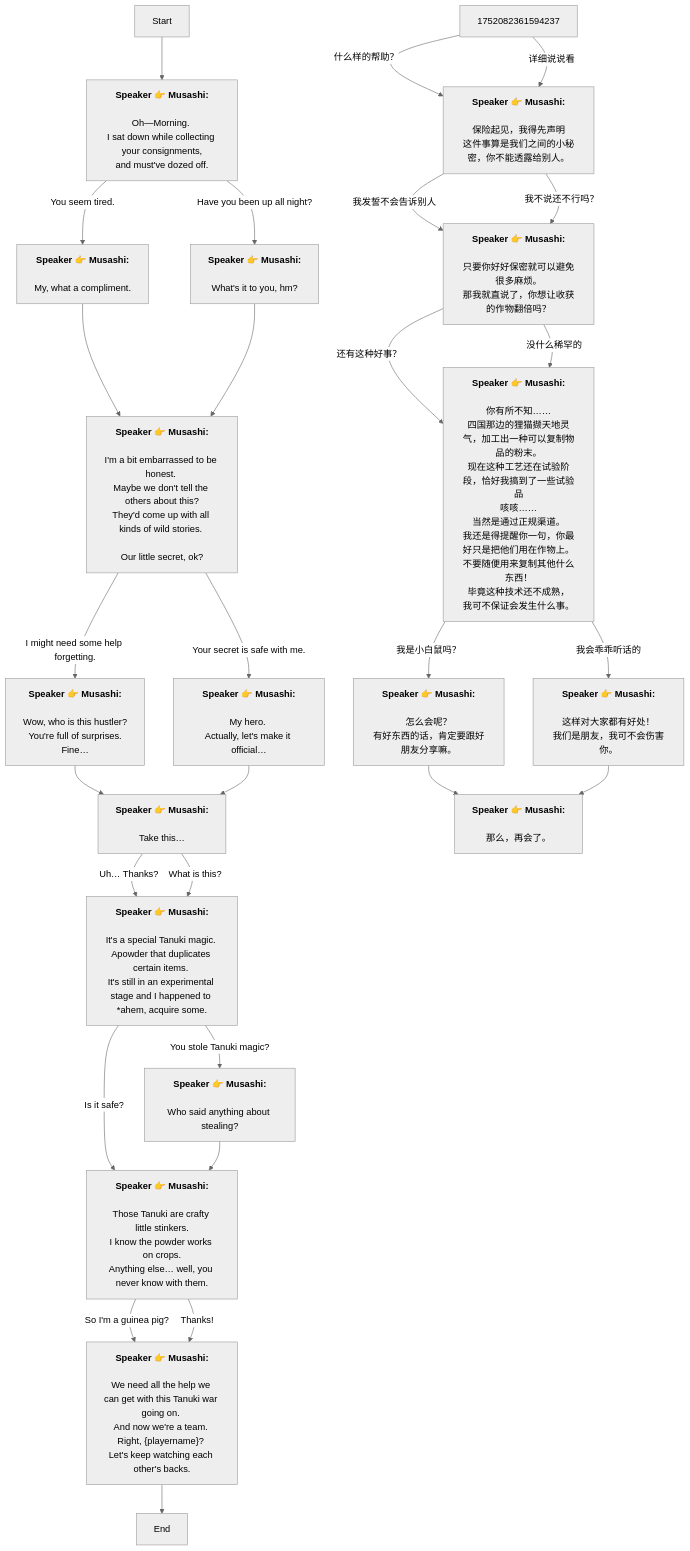
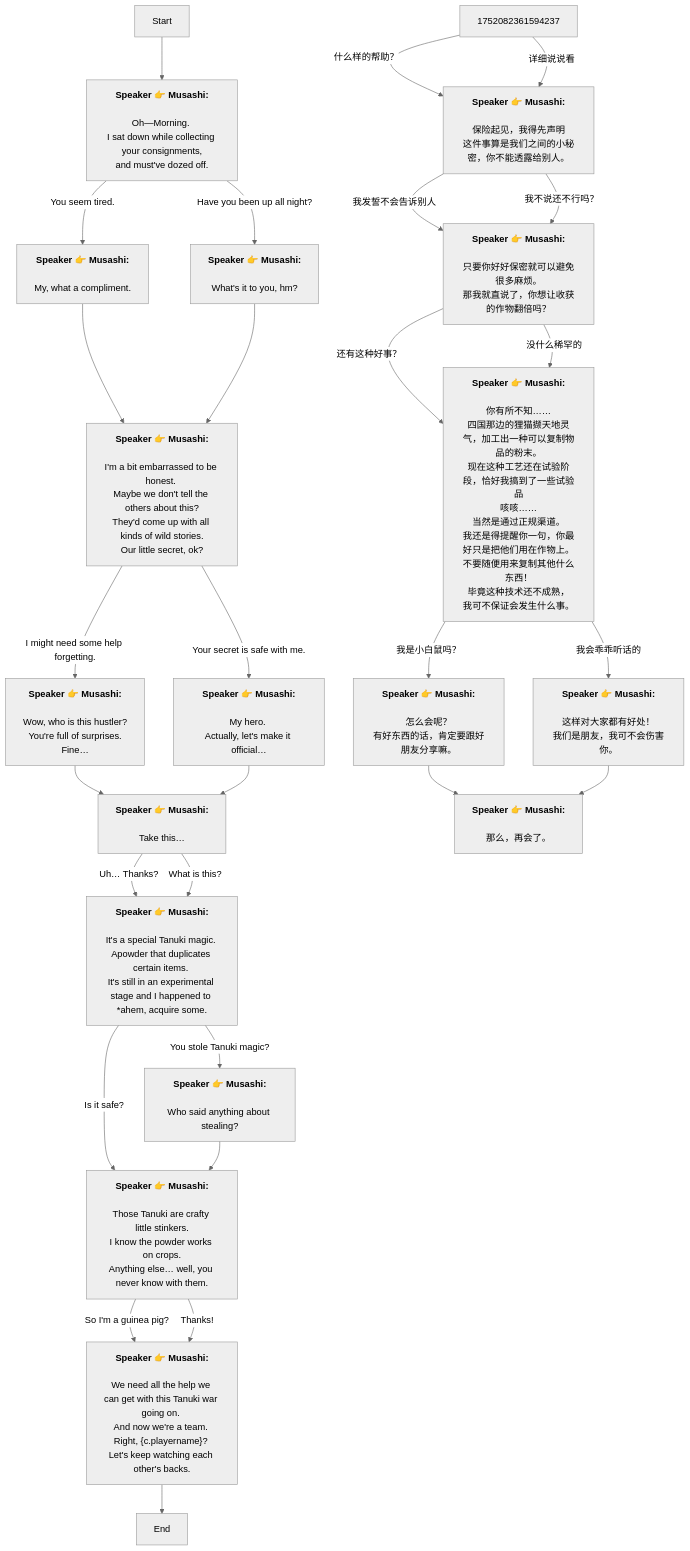
The diagram in Zh/QuestStartTalkENode_1752082129625466.md (SoftHu/tos_avg), drawn with Mermaid (neutral theme) before and after one commit. The commit also changed 410 other files, not shown here.

```diff
--- a/Zh/QuestStartTalkENode_1752082129625466.md
+++ b/Zh/QuestStartTalkENode_1752082129625466.md
@@ -3,66 +3,57 @@
 Start -->1772943296666922[<b>Speaker 👉 Musashi:</b>
 \nOh—Morning. 
 I sat down while collecting your consignments,
-and must've dozed off. 
-]
+and must've dozed off.]
 1772943296666922 -->|You seem tired.|1772943350889776[<b>Speaker 👉 Musashi:</b>
-\nMy, what a compliment. ]
-1772943296666922 -->|Have you been up all night? |1772943372591409[<b>Speaker 👉 Musashi:</b>
-\nWhat's it to you, hm? ]
+\nMy, what a compliment.]
+1772943296666922 -->|Have you been up all night?|1772943372591409[<b>Speaker 👉 Musashi:</b>
+\nWhat's it to you, hm?]
 1772943350889776 -->1772943403083058[<b>Speaker 👉 Musashi:</b>
 \nI'm a bit embarrassed to be honest. 
 Maybe we don't tell the others about this?
-They'd come up with all kinds of wild stories. 
-\nOur little secret, ok? ]
+They'd come up with all kinds of wild stories.\nOur little secret, ok?]
 1772943403083058 -->|Your secret is safe with me.|1772943524543802[<b>Speaker 👉 Musashi:</b>
 \nMy hero. 
-Actually, let's make it official…
-]
+Actually, let's make it official…]
 1772943403083058 -->|I might need some help forgetting.|1772943505891641[<b>Speaker 👉 Musashi:</b>
 \nWow, who is this hustler? 
 You're full of surprises. 
-Fine… 
-]
+Fine…]
 1772943505891641 -->1772943552381243[<b>Speaker 👉 Musashi:</b>
 \nTake this…]
 1772943552381243 -->|Uh… Thanks?|1772943781244225[<b>Speaker 👉 Musashi:</b>
 \nIt's a special Tanuki magic. 
 Apowder that duplicates certain items. 
-It's still in an experimental stage and I happened to *ahem, acquire some. ]
+It's still in an experimental stage and I happened to *ahem, acquire some.]
 1772943552381243 -->|What is this?|1772943781244225[<b>Speaker 👉 Musashi:</b>
 \nIt's a special Tanuki magic. 
 Apowder that duplicates certain items. 
-It's still in an experimental stage and I happened to *ahem, acquire some. ]
+It's still in an experimental stage and I happened to *ahem, acquire some.]
 1772943781244225 -->|You stole Tanuki magic?|1772944175696199[<b>Speaker 👉 Musashi:</b>
-\nWho said anything about stealing? ]
+\nWho said anything about stealing?]
 1772943781244225 -->|Is it safe?|1772944193105224[<b>Speaker 👉 Musashi:</b>
 \nThose Tanuki are crafty little stinkers.
 I know the powder works on crops.
-Anything else… well, you never know with them. 
-]
+Anything else… well, you never know with them.]
 1772944175696199 -->1772944193105224[<b>Speaker 👉 Musashi:</b>
 \nThose Tanuki are crafty little stinkers.
 I know the powder works on crops.
-Anything else… well, you never know with them. 
-]
+Anything else… well, you never know with them.]
 1772944193105224 -->|So I'm a guinea pig?|1772944237097294[<b>Speaker 👉 Musashi:</b>
 \nWe need all the help we can get with this Tanuki war going on. 
-And now we're a team. Right, &lbrace;playername&rbrace;? 
-Let's keep watching each other's backs. 
-]
+And now we're a team. Right, &lbrace;c.playername&rbrace;? 
+Let's keep watching each other's backs.]
 1772944193105224 -->|Thanks!|1772944237097294[<b>Speaker 👉 Musashi:</b>
 \nWe need all the help we can get with this Tanuki war going on. 
-And now we're a team. Right, &lbrace;playername&rbrace;? 
-Let's keep watching each other's backs. 
-]
+And now we're a team. Right, &lbrace;c.playername&rbrace;? 
+Let's keep watching each other's backs.]
 1772944237097294 -->1752150325082526[End]
 1772943524543802 -->1772943552381243[<b>Speaker 👉 Musashi:</b>
 \nTake this…]
 1772943372591409 -->1772943403083058[<b>Speaker 👉 Musashi:</b>
 \nI'm a bit embarrassed to be honest. 
 Maybe we don't tell the others about this?
-They'd come up with all kinds of wild stories. 
-\nOur little secret, ok? ]
+They'd come up with all kinds of wild stories.\nOur little secret, ok?]
 1752082361594237 -->|什么样的帮助？|1752083440273795[<b>Speaker 👉 Musashi:</b>
 \n保险起见，我得先声明
 这件事算是我们之间的小秘密，你不能透露给别人。]
@@ -79,14 +70,14 @@
 咳咳……
 当然是通过正规渠道。\n我还是得提醒你一句，你最好只是把他们用在作物上。
 不要随便用来复制其他什么东西！\n毕竟这种技术还不成熟，
-我可不保证会发生什么事。 ]
+我可不保证会发生什么事。]
 1752084589987209 -->|没什么稀罕的|1752146947163539[<b>Speaker 👉 Musashi:</b>
 \n你有所不知……
 四国那边的狸猫撷天地灵气，加工出一种可以复制物品的粉末。\n现在这种工艺还在试验阶段，恰好我搞到了一些试验品
 咳咳……
 当然是通过正规渠道。\n我还是得提醒你一句，你最好只是把他们用在作物上。
 不要随便用来复制其他什么东西！\n毕竟这种技术还不成熟，
-我可不保证会发生什么事。 ]
+我可不保证会发生什么事。]
 1752146947163539 -->|我是小白鼠吗？|1752149986771355[<b>Speaker 👉 Musashi:</b>
 \n怎么会呢？
 有好东西的话，肯定要跟好朋友分享嘛。]
```
